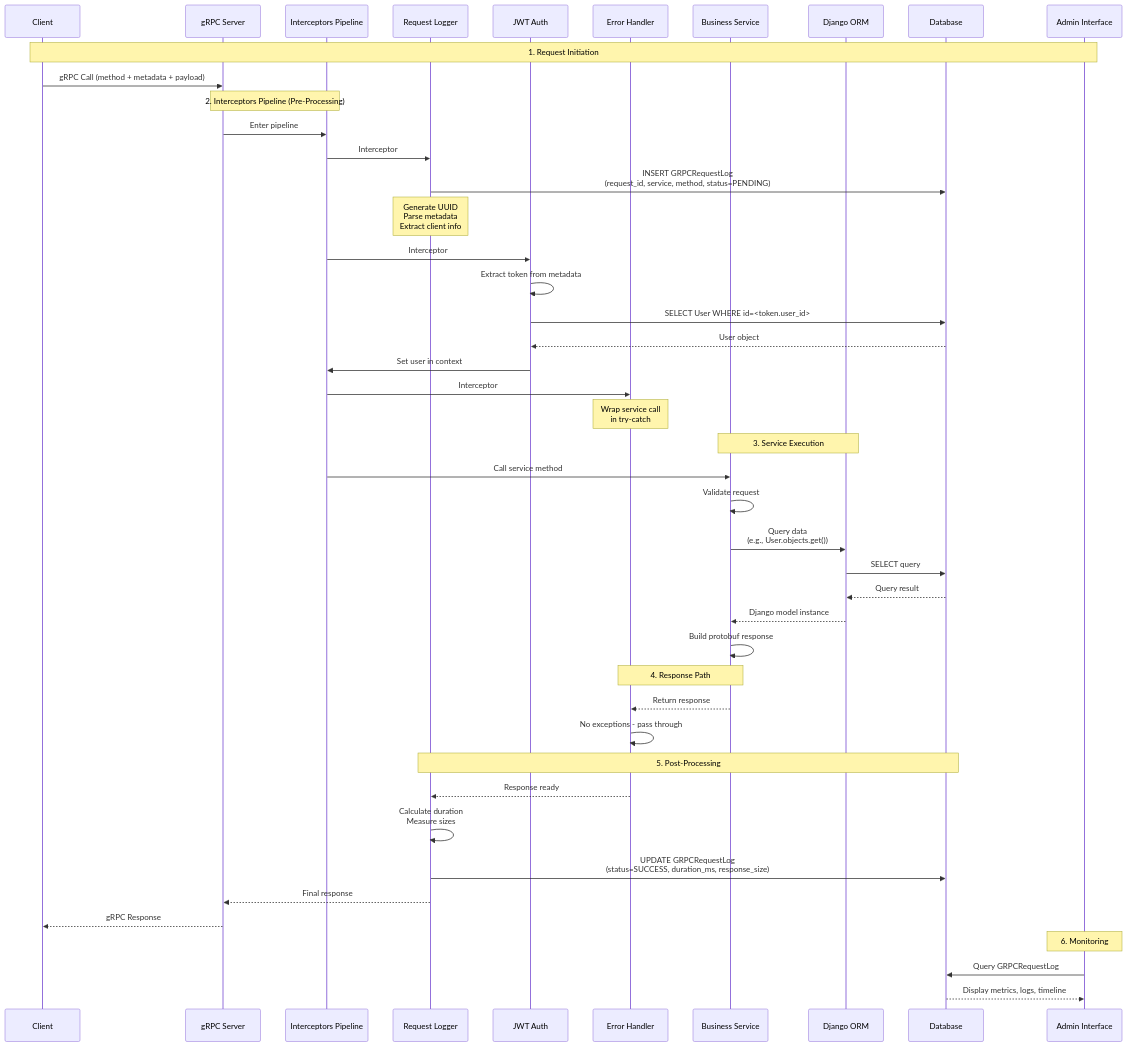
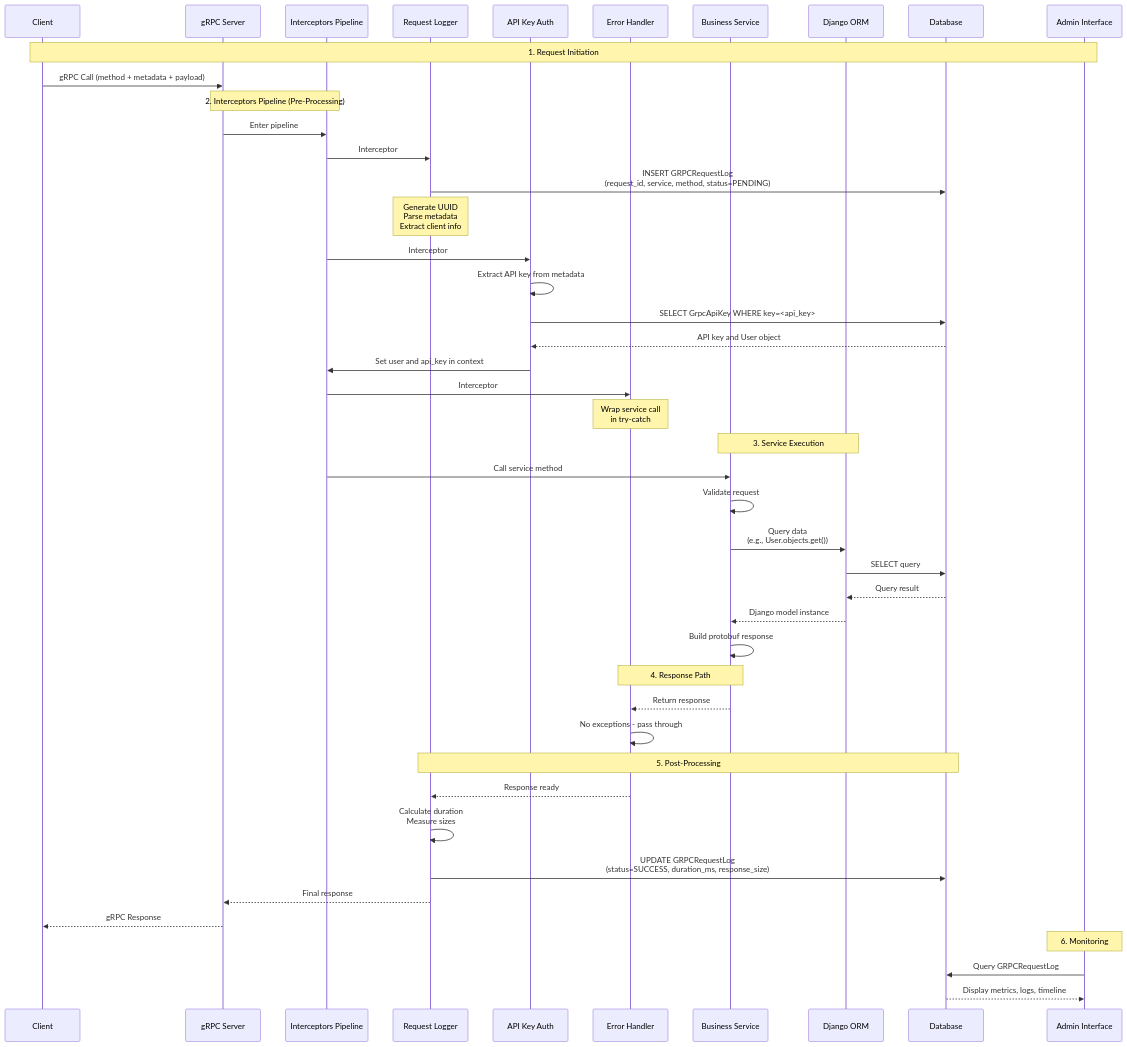
One commit to markolofsen/django-cfg changed the second of 12 diagrams in docs/features/integrations/grpc/architecture.md. Above: the diagram before and after it, drawn with Mermaid. The commit also changed other lines of this file and 41 other files, not shown here.

````diff
--- a/docs/features/integrations/grpc/architecture.md
+++ b/docs/features/integrations/grpc/architecture.md
@@ -118,57 +118,57 @@
 ```mermaid
 sequenceDiagram
     participant Client
     participant Server as gRPC Server
     participant Pipeline as Interceptors Pipeline
     participant Logger as Request Logger
-    participant Auth as JWT Auth
+    participant Auth as API Key Auth
     participant Error as Error Handler
     participant Service as Business Service
     participant ORM as Django ORM
     participant DB as Database
     participant Admin as Admin Interface
 
     Note over Client,Admin: 1. Request Initiation
     Client->>Server: gRPC Call (method + metadata + payload)
 
     Note over Server,Pipeline: 2. Interceptors Pipeline (Pre-Processing)
     Server->>Pipeline: Enter pipeline
     Pipeline->>Logger: Interceptor #1: Request Logger
 
     Logger->>DB: INSERT GRPCRequestLog<br/>(request_id, service, method, status=PENDING)
     Note over Logger: Generate UUID<br/>Parse metadata<br/>Extract client info
 
-    Pipeline->>Auth: Interceptor #2: JWT Auth
-    Auth->>Auth: Extract token from metadata
-    Auth->>DB: SELECT User WHERE id=<token.user_id>
-    DB-->>Auth: User object
-    Auth->>Pipeline: Set user in context
+    Pipeline->>Auth: Interceptor #2: API Key Auth
+    Auth->>Auth: Extract API key from metadata
+    Auth->>DB: SELECT GrpcApiKey WHERE key=<api_key>
+    DB-->>Auth: API key and User object
+    Auth->>Pipeline: Set user and api_key in context
 
     Pipeline->>Error: Interceptor #3: Error Handler
     Note over Error: Wrap service call<br/>in try-catch
 
     Note over Service,ORM: 3. Service Execution
     Pipeline->>Service: Call service method
     Service->>Service: Validate request
     Service->>ORM: Query data<br/>(e.g., User.objects.get())
     ORM->>DB: SELECT query
     DB-->>ORM: Query result
     ORM-->>Service: Django model instance
     Service->>Service: Build protobuf response
 
     Note over Service,Error: 4. Response Path
     Service-->>Error: Return response
     Error->>Error: No exceptions - pass through
 
     Note over Logger,DB: 5. Post-Processing
     Error-->>Logger: Response ready
     Logger->>Logger: Calculate duration<br/>Measure sizes
     Logger->>DB: UPDATE GRPCRequestLog<br/>(status=SUCCESS, duration_ms, response_size)
 
     Logger-->>Server: Final response
     Server-->>Client: gRPC Response
 
     Note over Admin: 6. Monitoring
     Admin->>DB: Query GRPCRequestLog
     DB-->>Admin: Display metrics, logs, timeline
 ```
````
